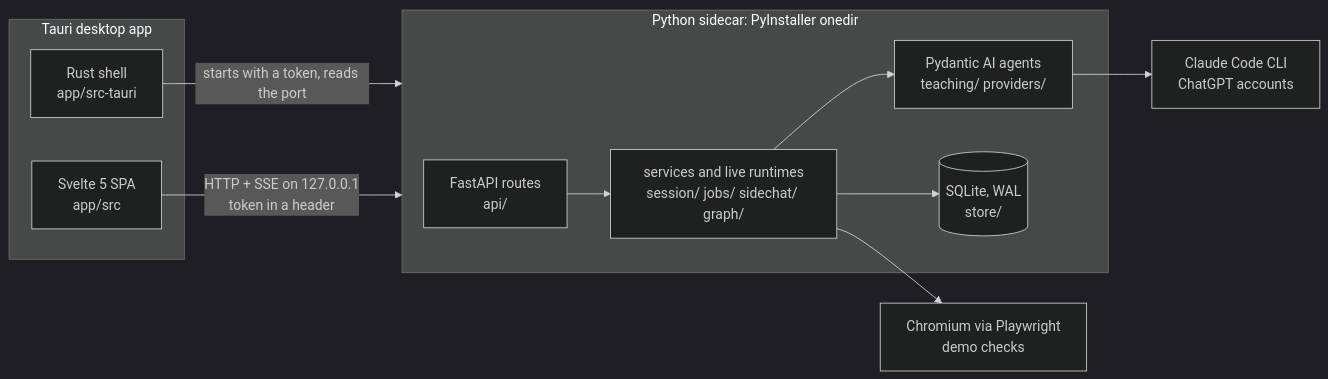
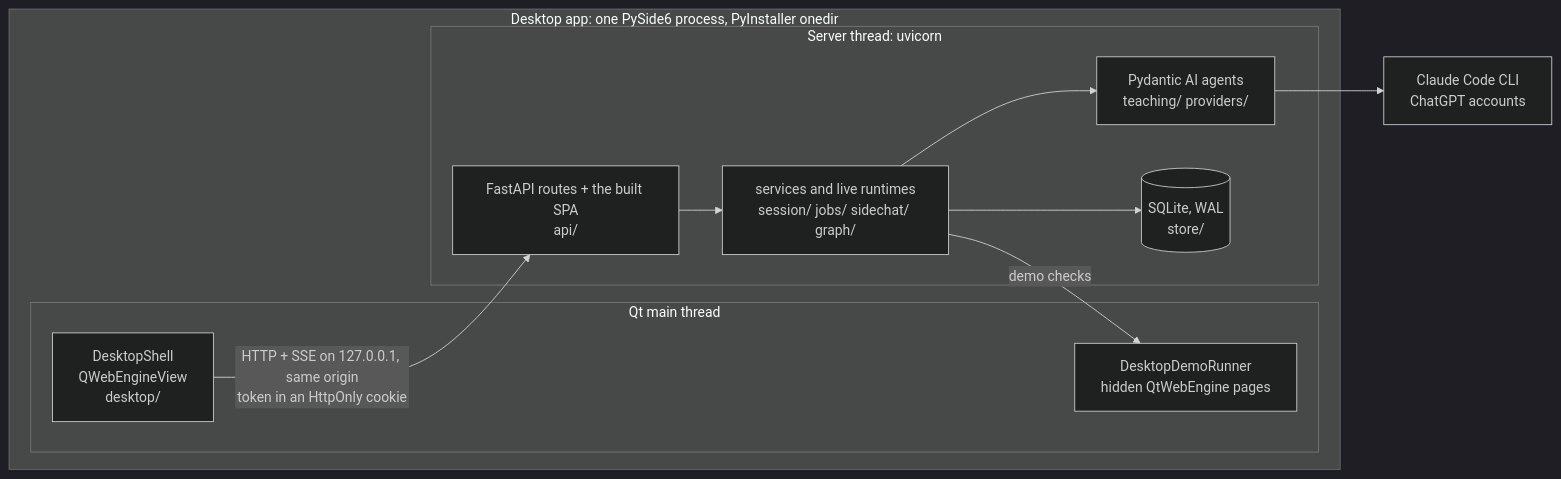
The diagram in docs/architecture.md (KinslyIV/Verstehen), drawn with Mermaid (dark theme) before and after one commit. The commit also changed other lines of this file and 15 other files, not shown here.

Commit message:
Sync the docs with the Qt shell: PySide6 desktop, same-origin app, Qt demo runner, onedir packaging

````diff
--- a/docs/architecture.md
+++ b/docs/architecture.md
@@ -10,19 +10,20 @@
 ```mermaid
 flowchart LR
-  subgraph Desktop[Tauri desktop app]
-    UI[Svelte 5 SPA<br/>app/src]
-    Shell[Rust shell<br/>app/src-tauri]
+  subgraph Desktop[Desktop app: one PySide6 process, PyInstaller onedir]
+    subgraph Main[Qt main thread]
+      Shell[DesktopShell<br/>QWebEngineView<br/>desktop/]
+      Runner[DesktopDemoRunner<br/>hidden QtWebEngine pages]
+    end
+    subgraph Server[Server thread: uvicorn]
+      API[FastAPI routes + the built SPA<br/>api/]
+      Services[services and live runtimes<br/>session/ jobs/ sidechat/ graph/]
+      Agents[Pydantic AI agents<br/>teaching/ providers/]
+      Store[(SQLite, WAL<br/>store/)]
+    end
   end
-  Shell -- starts with a token, reads the port --> Sidecar
-  UI -- HTTP + SSE on 127.0.0.1<br/>token in a header --> Sidecar
-  subgraph Sidecar[Python sidecar: PyInstaller onedir]
-    API[FastAPI routes<br/>api/]
-    Services[services and live runtimes<br/>session/ jobs/ sidechat/ graph/]
-    Agents[Pydantic AI agents<br/>teaching/ providers/]
-    Store[(SQLite, WAL<br/>store/)]
-  end
+  Shell -- "HTTP + SSE on 127.0.0.1, same origin<br/>token in an HttpOnly cookie" --> API
   API --> Services --> Agents
   Services --> Store
   Agents --> Models[Claude Code CLI<br/>ChatGPT accounts]
-  Services --> Browser[Chromium via Playwright<br/>demo checks]
+  Services -- demo checks --> Runner
 ```
````
